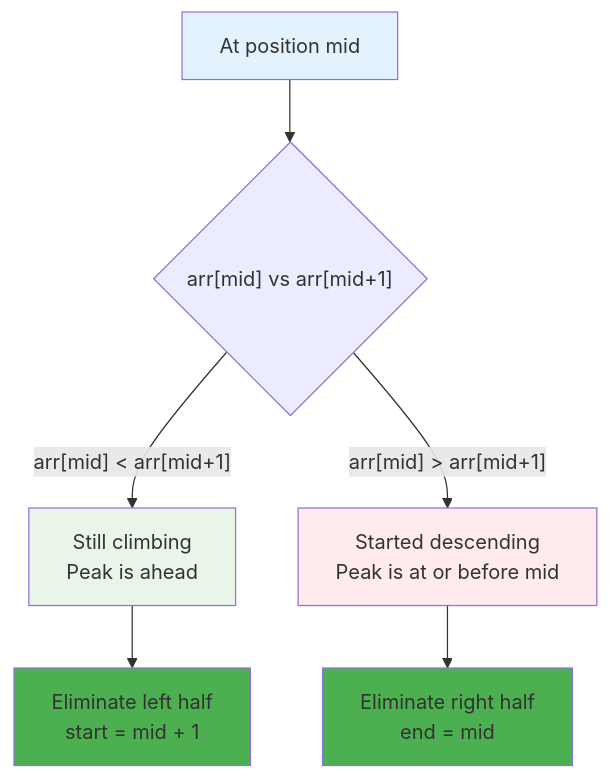
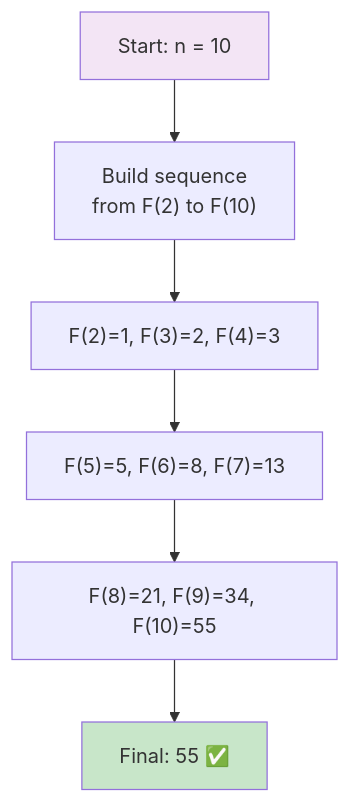
One commit to LuckyLongre123/README_RUNNER changed the sixth of 10 diagrams in README.md. Above: the diagram before and after it, drawn with Mermaid. The commit also changed other lines of this file, not shown here.

````diff
--- a/README.md
+++ b/README.md
@@ -242,15 +159,11 @@
 ```mermaid
 flowchart TD
-    A["At position mid"] --> B{"arr[mid] vs arr[mid+1]"}
-    B -->|"arr[mid] < arr[mid+1]"| C["Still climbing<br/>Peak is ahead"]
-    B -->|"arr[mid] > arr[mid+1]"| D["Started descending<br/>Peak is at or before mid"]
+    A["Start: n = 10"] --> B["Build sequence<br/>from F(2) to F(10)"]
+    B --> C["F(2)=1, F(3)=2, F(4)=3"]
+    C --> D["F(5)=5, F(6)=8, F(7)=13"]
+    D --> E["F(8)=21, F(9)=34, F(10)=55"]
+    E --> F["Final: 55 ✅"]
     
-    C --> E["Eliminate left half<br/>start = mid + 1"]
-    D --> F["Eliminate right half<br/>end = mid"]
-    
-    style A fill:#e3f2fd
-    style C fill:#e8f5e8
-    style D fill:#ffebee
-    style E fill:#4caf50
-    style F fill:#4caf50
+    style A fill:#f3e5f5
+    style F fill:#c8e6c9
 ```
````
